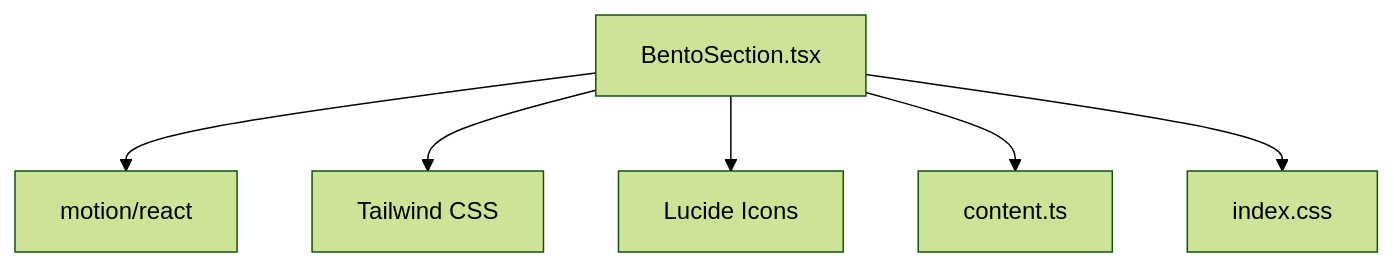
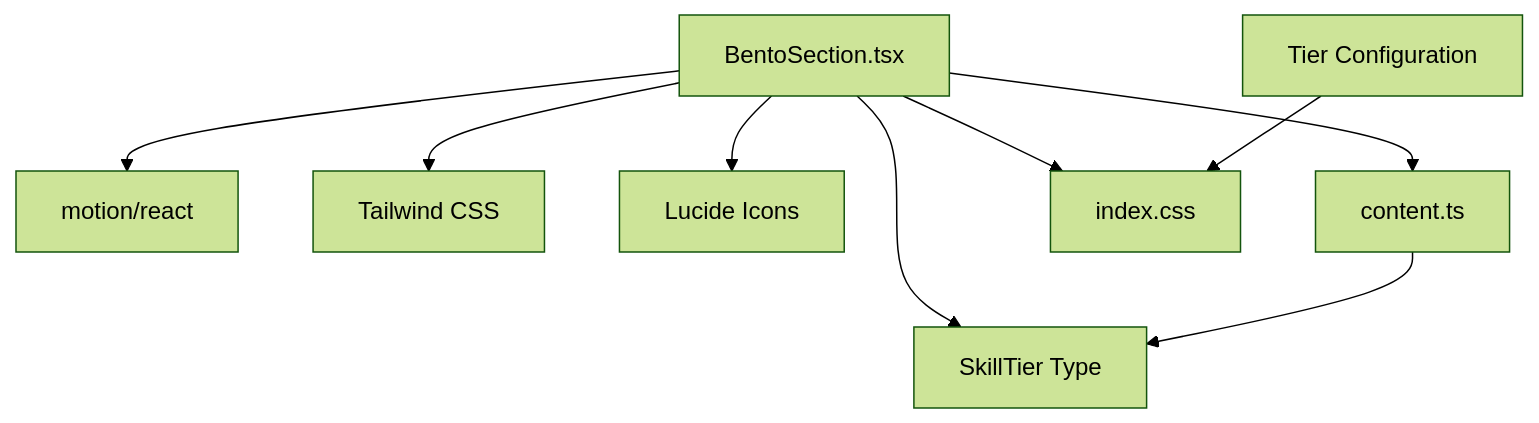
Before and after one commit to subash7781/Portfolio: the fourth of 4 diagrams in .qoder/repowiki/en/content/Component Library & UI Elements/BentoSection Component.md, drawn with Mermaid (forest theme). The commit also changed other lines of this file and 8 other files, not shown here.

````diff
--- a/.qoder/repowiki/en/content/Component Library & UI Elements/BentoSection Component.md
+++ b/.qoder/repowiki/en/content/Component Library & UI Elements/BentoSection Component.md
@@ -241,8 +290,11 @@
 ```mermaid
 graph TB
 Bento["BentoSection.tsx"] --> MotionLib["motion/react"]
 Bento --> TailwindLib["Tailwind CSS"]
 Bento --> Icons["Lucide Icons"]
 Bento --> Content["content.ts"]
 Bento --> Styles["index.css"]
+Bento --> TierTypes["SkillTier Type"]
+Content --> TierTypes
+TierConfig["Tier Configuration"] --> Styles
 ```
````
